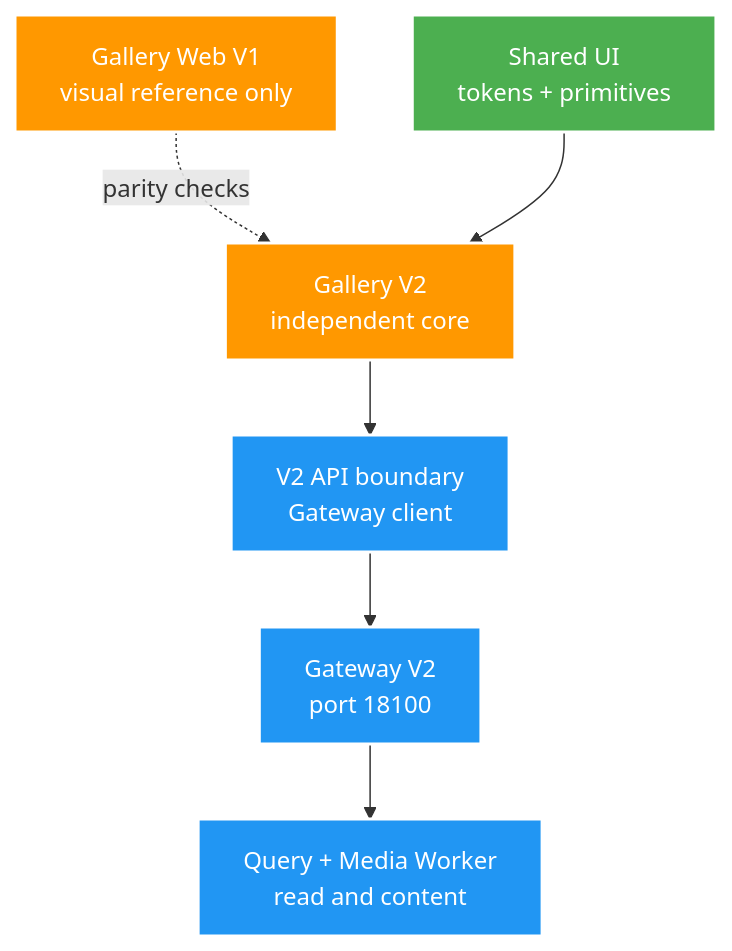
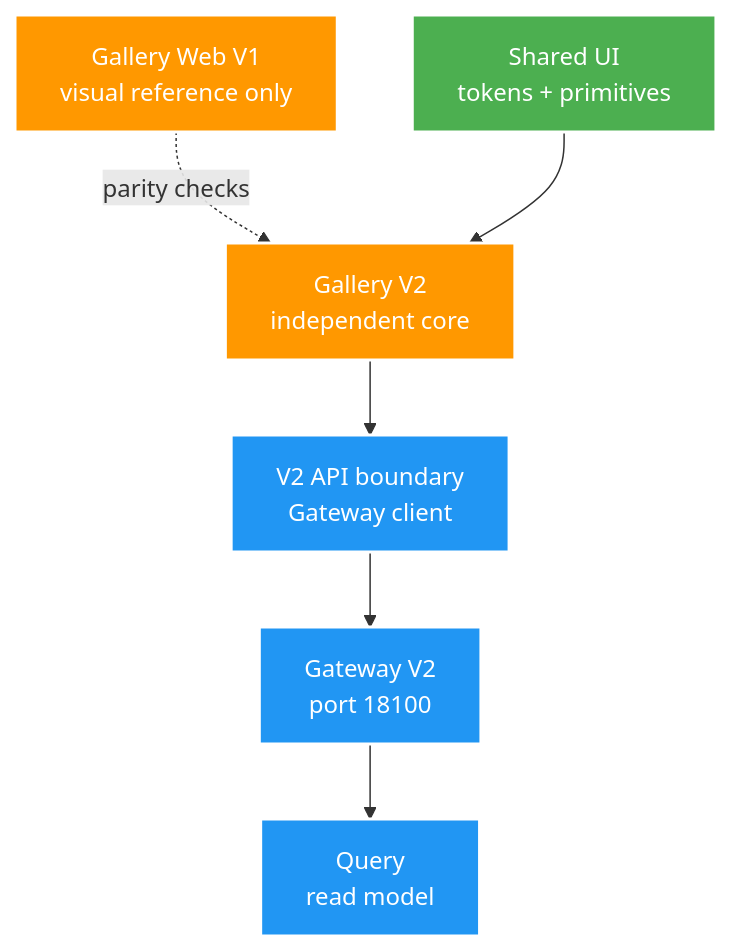
The diagram in docs/features/012-gallery-v2-parity-foundation/02-design.md (HungPhan200591/file-mngt-be-v2), drawn with Mermaid before and after one commit. The commit also changed 18 other files, not shown here.

Commit message:
refactor: update documentation and architecture for Nginx direct media delivery implementation

````diff
--- a/docs/features/012-gallery-v2-parity-foundation/02-design.md
+++ b/docs/features/012-gallery-v2-parity-foundation/02-design.md
@@ -8,20 +8,20 @@
 ```mermaid
 flowchart TB
     V1["Gallery Web V1<br/>visual reference only"]
     UI["Shared UI<br/>tokens + primitives"]
     V2["Gallery V2<br/>independent core"]
     API["V2 API boundary<br/>Gateway client"]
     GW["Gateway V2<br/>port 18100"]
-    READ["Query + Media Worker<br/>read and content"]
+    READ["Query<br/>read model"]
 
     V1 -. parity checks .-> V2
     UI --> V2
     V2 --> API --> GW --> READ
 
     style V1 fill:#FF9800,stroke:#fff,stroke-width:2px,color:#fff
     style UI fill:#4CAF50,stroke:#fff,stroke-width:2px,color:#fff
     style V2 fill:#FF9800,stroke:#fff,stroke-width:2px,color:#fff
     style API fill:#2196F3,stroke:#fff,stroke-width:2px,color:#fff
     style GW fill:#2196F3,stroke:#fff,stroke-width:2px,color:#fff
     style READ fill:#2196F3,stroke:#fff,stroke-width:2px,color:#fff
 ```
````
